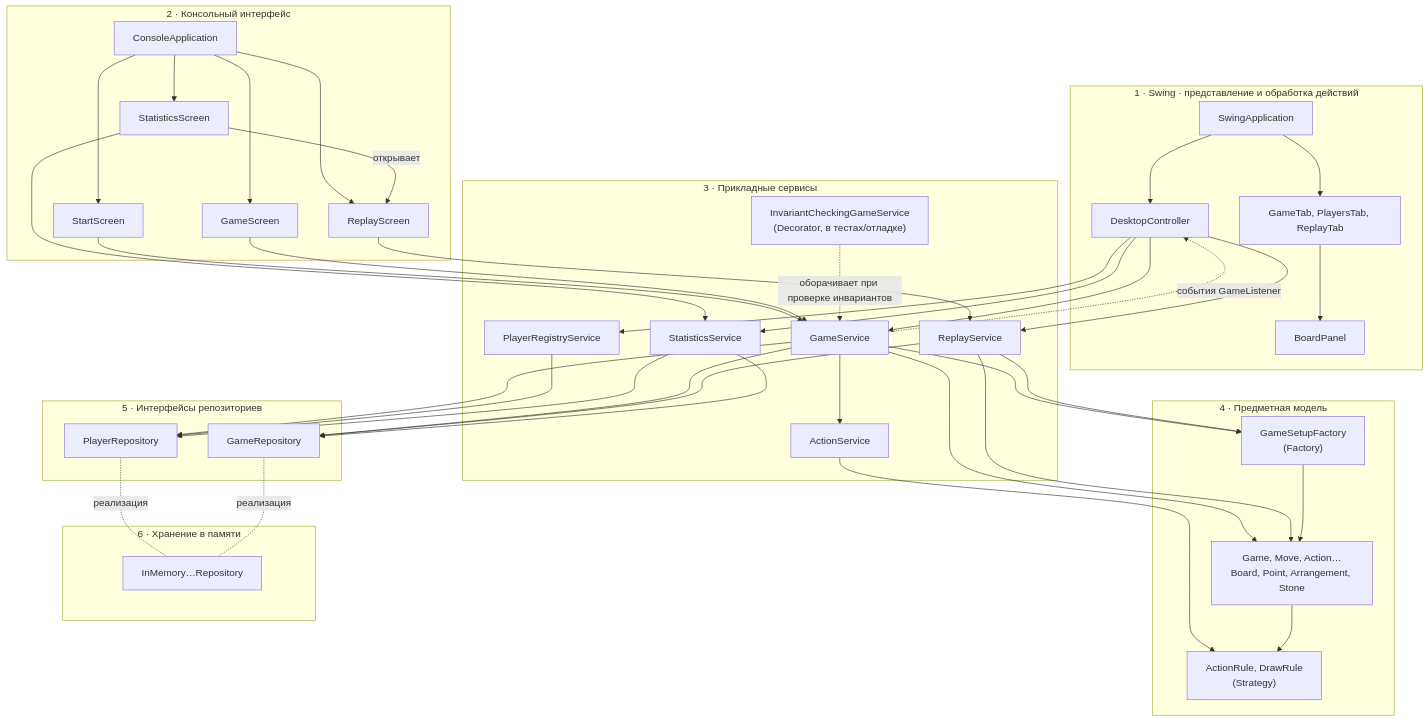
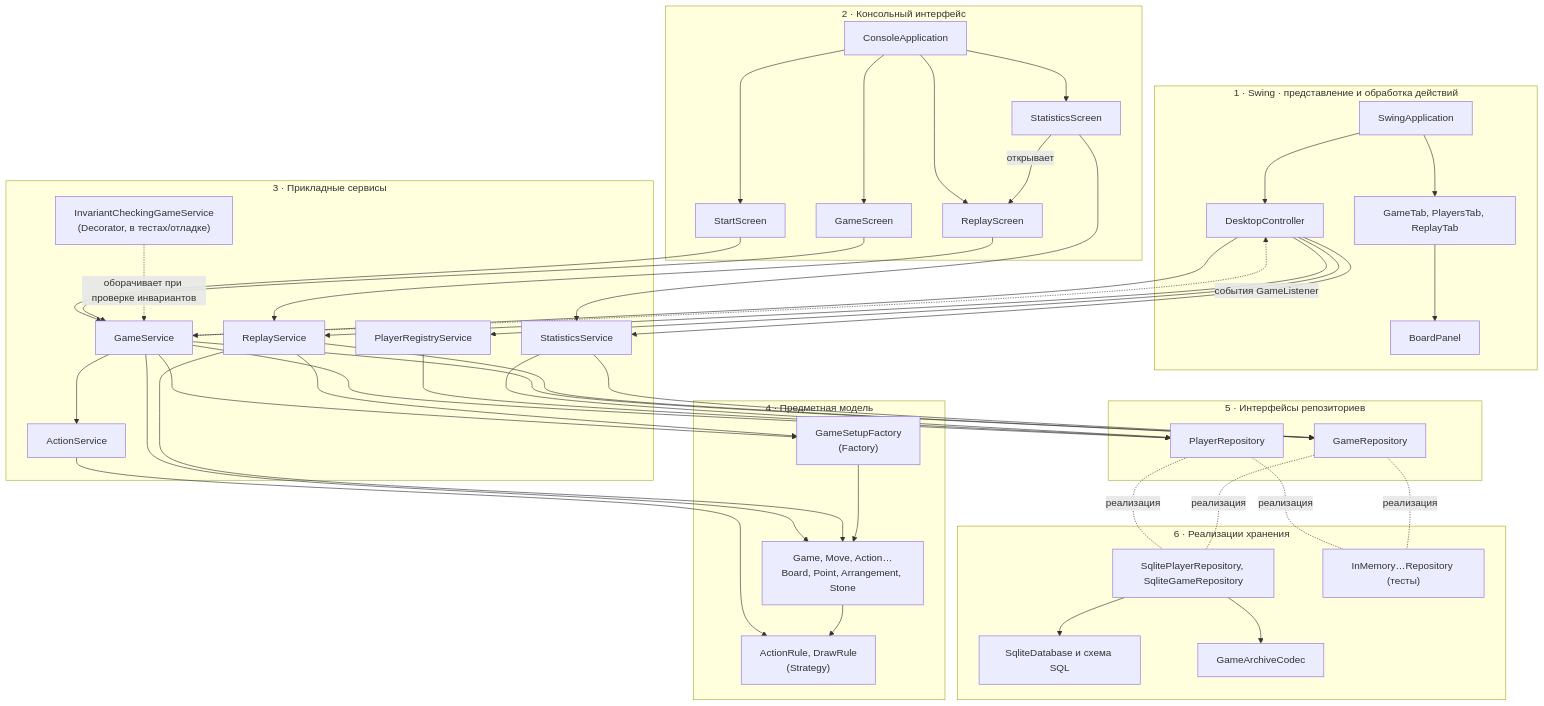
The first of 4 diagrams in README.md (imaxde/fanorona-case), drawn with Mermaid before and after one commit. The commit also changed other lines of this file and 28 other files, not shown here.

Commit message:
Persist game history and player statistics with SQLite

````diff
--- a/README.md
+++ b/README.md
@@ -106,8 +106,11 @@
         GR[GameRepository]
     end
 
-    subgraph INFRA["6 · Хранение в памяти"]
-        Mem[InMemory…Repository]
+    subgraph INFRA["6 · Реализации хранения"]
+        Db["SqliteDatabase и схема SQL"]
+        Sqlite["SqlitePlayerRepository, SqliteGameRepository"]
+        Codec[GameArchiveCodec]
+        Mem["InMemory…Repository (тесты)"]
     end
 
     Window --> Tabs
@@ -148,4 +151,8 @@
 
     PR -. реализация .- Mem
     GR -. реализация .- Mem
+    PR -. реализация .- Sqlite
+    GR -. реализация .- Sqlite
+    Sqlite --> Db
+    Sqlite --> Codec
 ```
````
